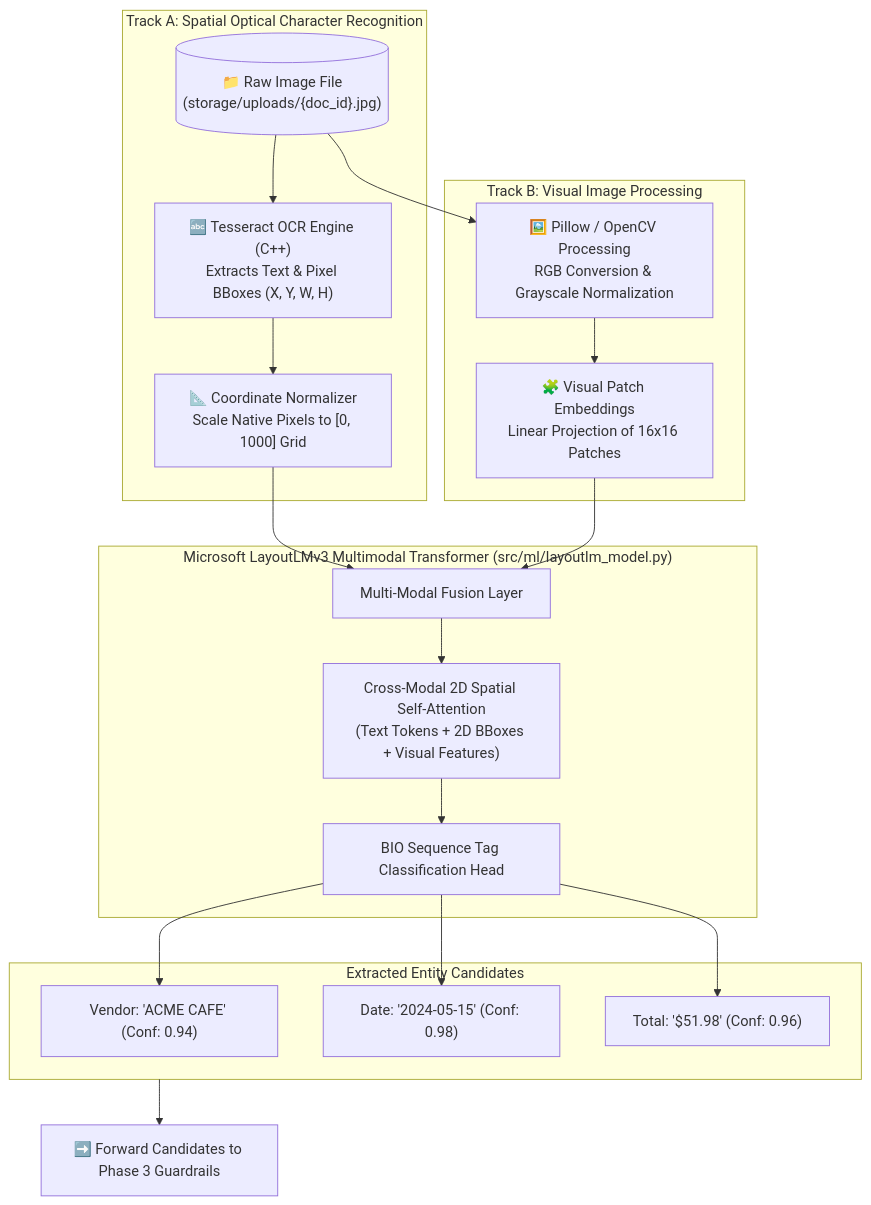
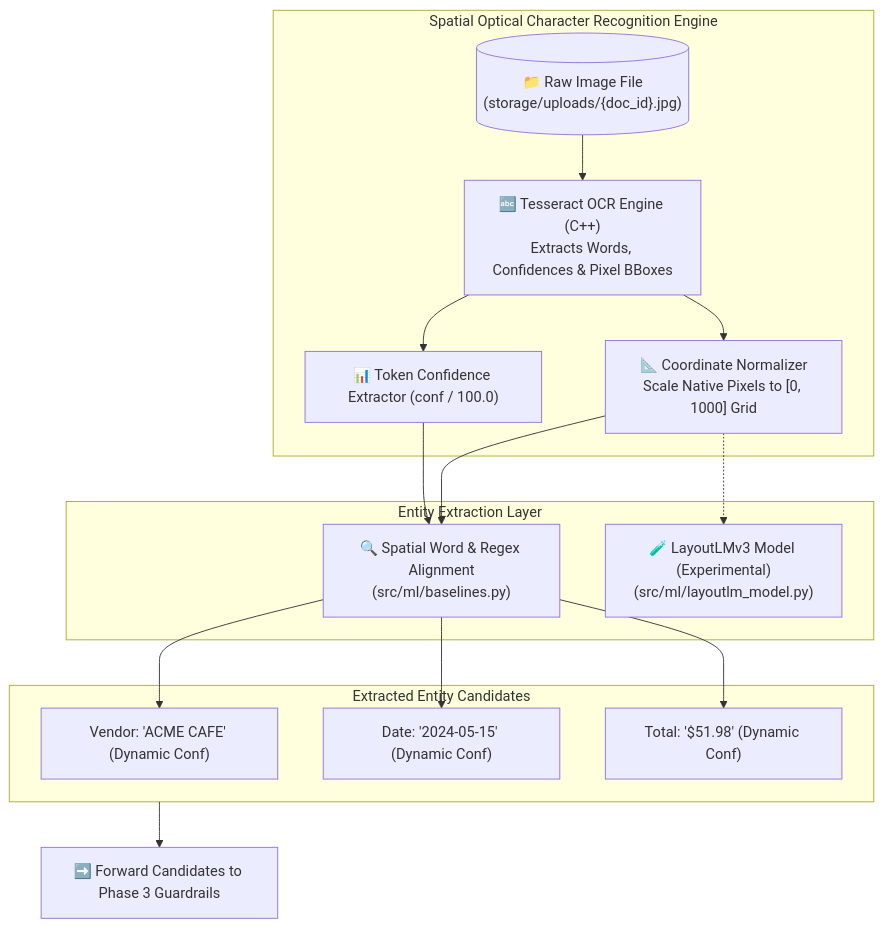
Before and after one commit to HarshkumarG007/DocuParseAi: the third of 6 diagrams in README.md, drawn with Mermaid. The commit also changed other lines of this file and 3 other files, not shown here.

Commit message:
fix: address audit findings with Decimal math, chunked uploads, real confidences, guarded OCR fallback & honest docs

````diff
--- a/README.md
+++ b/README.md
@@ -252,29 +192,24 @@
 ```mermaid
 flowchart TD
     InputImage[("📁 Raw Image File<br>(storage/uploads/{doc_id}.jpg)")]
 
-    subgraph OCRTrack ["Track A: Spatial Optical Character Recognition"]
-        InputImage --> Tesseract["🔤 Tesseract OCR Engine (C++)<br>Extracts Text & Pixel BBoxes (X, Y, W, H)"]
+    subgraph OCRTrack ["Spatial Optical Character Recognition Engine"]
+        InputImage --> Tesseract["🔤 Tesseract OCR Engine (C++)<br>Extracts Words, Confidences & Pixel BBoxes"]
+        Tesseract --> ConfExtract["📊 Token Confidence Extractor (conf / 100.0)"]
         Tesseract --> BBoxNorm["📐 Coordinate Normalizer<br>Scale Native Pixels to [0, 1000] Grid"]
     end
 
-    subgraph VisionTrack ["Track B: Visual Image Processing"]
-        InputImage --> PIL["🖼️ Pillow / OpenCV Processing<br>RGB Conversion & Grayscale Normalization"]
-        PIL --> Patches["🧩 Visual Patch Embeddings<br>Linear Projection of 16x16 Patches"]
-    end
-
-    subgraph TransformerEngine ["Microsoft LayoutLMv3 Multimodal Transformer (src/ml/layoutlm_model.py)"]
-        BBoxNorm --> Embeddings["Multi-Modal Fusion Layer"]
-        Patches --> Embeddings
-        Embeddings --> Attention["Cross-Modal 2D Spatial Self-Attention<br>(Text Tokens + 2D BBoxes + Visual Features)"]
-        Attention --> BIOPredict["BIO Sequence Tag Classification Head"]
+    subgraph ExtractionTrack ["Entity Extraction Layer"]
+        BBoxNorm --> SpatialMatch["🔍 Spatial Word & Regex Alignment<br>(src/ml/baselines.py)"]
+        ConfExtract --> SpatialMatch
+        BBoxNorm -.-> LayoutLMEngine["🧪 LayoutLMv3 Model (Experimental)<br>(src/ml/layoutlm_model.py)"]
     end
 
     subgraph Predictions ["Extracted Entity Candidates"]
-        BIOPredict --> V["Vendor: 'ACME CAFE' (Conf: 0.94)"]
-        BIOPredict --> D["Date: '2024-05-15' (Conf: 0.98)"]
-        BIOPredict --> T["Total: '$51.98' (Conf: 0.96)"]
+        SpatialMatch --> V["Vendor: 'ACME CAFE' (Dynamic Conf)"]
+        SpatialMatch --> D["Date: '2024-05-15' (Dynamic Conf)"]
+        SpatialMatch --> T["Total: '$51.98' (Dynamic Conf)"]
     end
 
     Predictions --> Output["➡️ Forward Candidates to Phase 3 Guardrails"]
 ```
````
